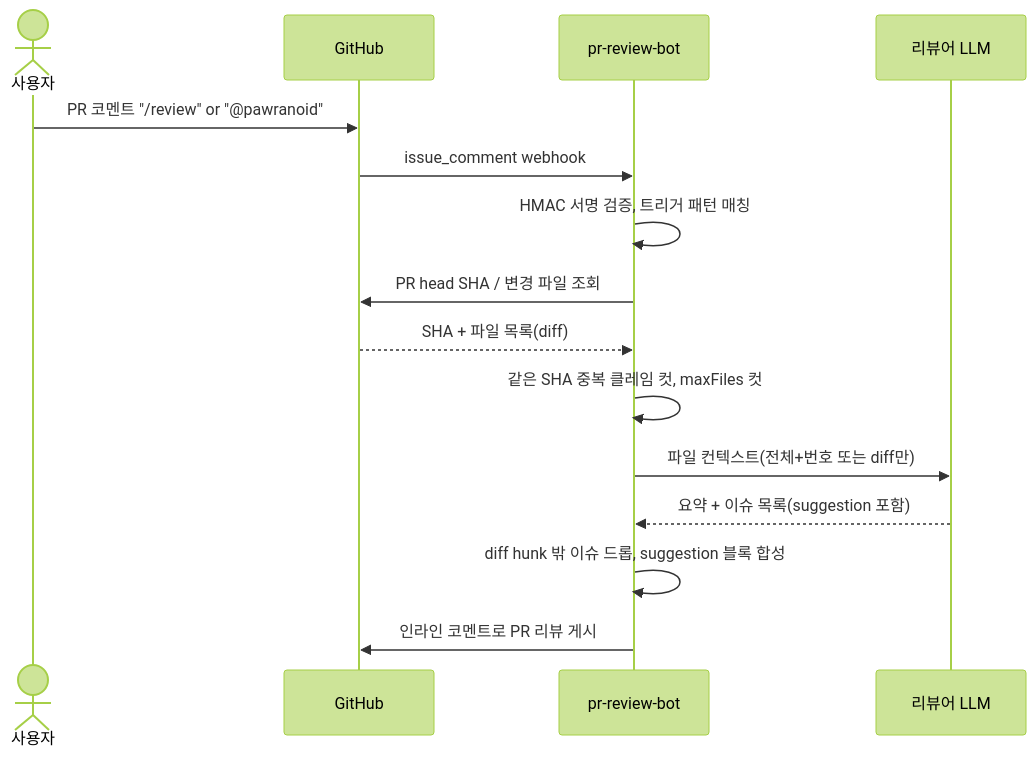
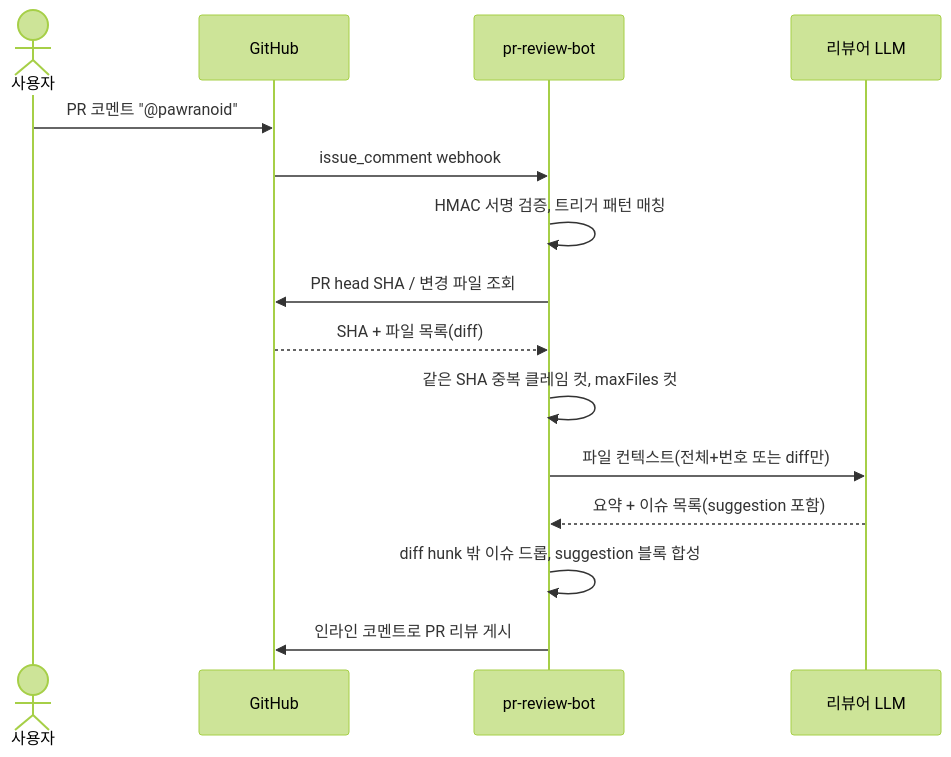
One commit to lsngmin/pr-review-bot changed the first of 2 diagrams in README.md. Above: the diagram before and after it, drawn with Mermaid (forest theme). The commit also changed other lines of this file and 5 other files, not shown here.

````diff
--- a/README.md
+++ b/README.md
@@ -38,18 +38,18 @@
 ```mermaid
 sequenceDiagram
     actor User as 사용자
     participant GH as GitHub
     participant Bot as pr-review-bot
     participant LLM as 리뷰어 LLM
 
-    User->>GH: PR 코멘트 "/review" or "@pawranoid"
+    User->>GH: PR 코멘트 "@pawranoid"
     GH->>Bot: issue_comment webhook
     Bot->>Bot: HMAC 서명 검증, 트리거 패턴 매칭
     Bot->>GH: PR head SHA / 변경 파일 조회
     GH-->>Bot: SHA + 파일 목록(diff)
     Bot->>Bot: 같은 SHA 중복 클레임 컷, maxFiles 컷
     Bot->>LLM: 파일 컨텍스트(전체+번호 또는 diff만)
     LLM-->>Bot: 요약 + 이슈 목록(suggestion 포함)
     Bot->>Bot: diff hunk 밖 이슈 드롭, suggestion 블록 합성
     Bot->>GH: 인라인 코멘트로 PR 리뷰 게시
 ```
````
